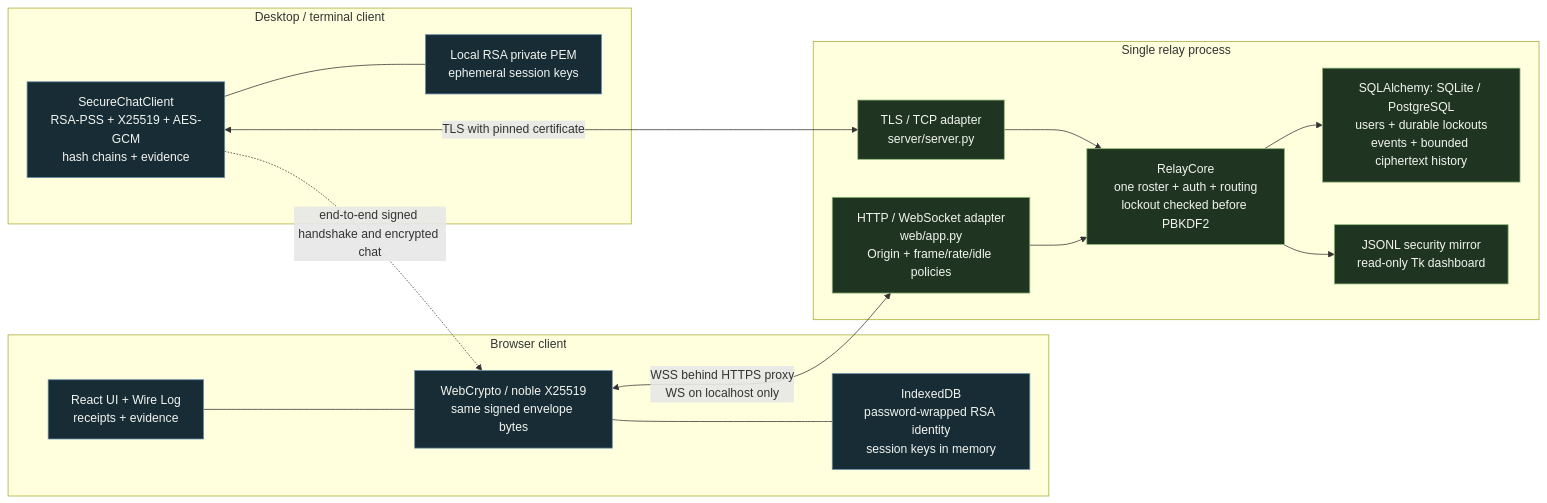
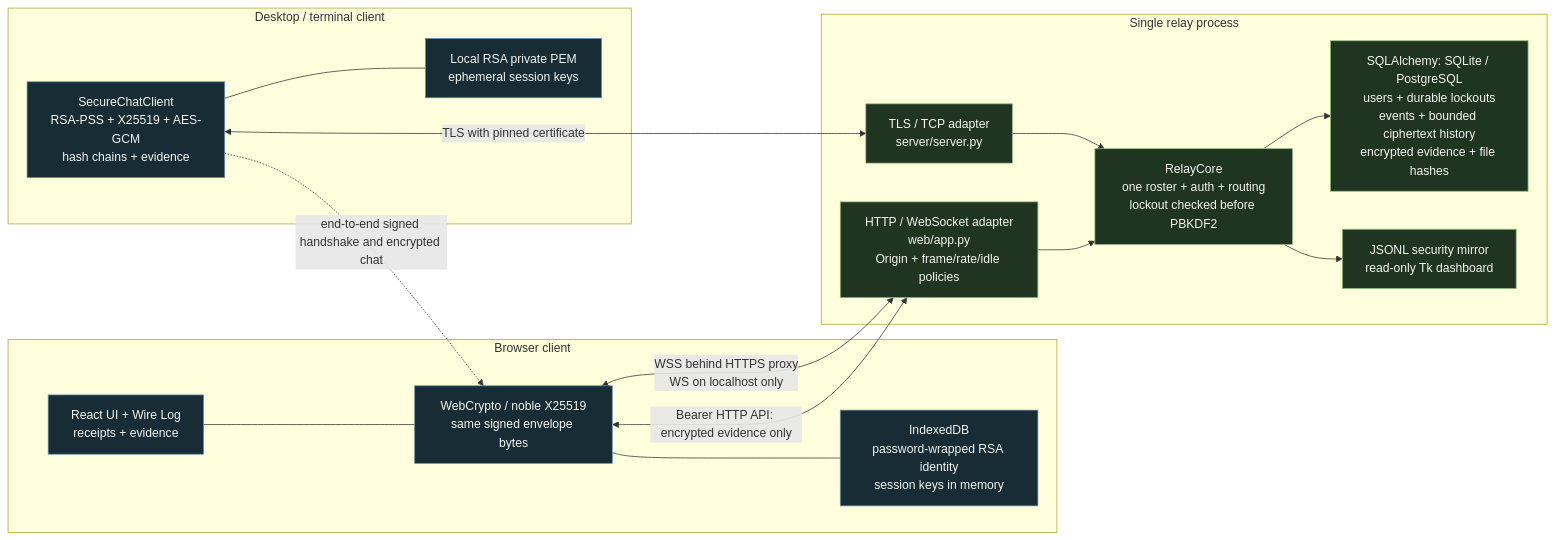
Before and after one commit to sharansp95-rgb/CNS-Project: the diagram in docs/architecture.md, drawn with Mermaid. The commit also changed other lines of this file and 5 other files, not shown here.

````diff
--- a/docs/architecture.md
+++ b/docs/architecture.md
@@ -24,33 +24,34 @@
 ```mermaid
 flowchart LR
     subgraph Desktop["Desktop / terminal client"]
         P["SecureChatClient<br/>RSA-PSS + X25519 + AES-GCM<br/>hash chains + evidence"]
         PK["Local RSA private PEM<br/>ephemeral session keys"]
         P --- PK
     end
     subgraph Browser["Browser client"]
         UI["React UI + Wire Log<br/>receipts + evidence"]
         C["WebCrypto / noble X25519<br/>same signed envelope bytes"]
         BK["IndexedDB<br/>password-wrapped RSA identity<br/>session keys in memory"]
         UI --- C
         C --- BK
     end
     subgraph Relay["Single relay process"]
         TCP["TLS / TCP adapter<br/>server/server.py"]
         WS["HTTP / WebSocket adapter<br/>web/app.py<br/>Origin + frame/rate/idle policies"]
         CORE["RelayCore<br/>one roster + auth + routing<br/>lockout checked before PBKDF2"]
-        DB["SQLAlchemy: SQLite / PostgreSQL<br/>users + durable lockouts<br/>events + bounded ciphertext history"]
+        DB["SQLAlchemy: SQLite / PostgreSQL<br/>users + durable lockouts<br/>events + bounded ciphertext history<br/>encrypted evidence + file hashes"]
         LOG["JSONL security mirror<br/>read-only Tk dashboard"]
         TCP --> CORE
         WS --> CORE
         CORE --> DB
         CORE --> LOG
     end
     P <-->|"TLS with pinned certificate"| TCP
     C <-->|"WSS behind HTTPS proxy<br/>WS on localhost only"| WS
     P -. "end-to-end signed handshake and encrypted chat" .-> C
+    C <-->|"Bearer HTTP API: encrypted evidence only"| WS
     classDef local fill:#182c35,color:#f2f5f0,stroke:#668eaa;
     classDef relay fill:#203521,color:#f2f5f0,stroke:#8fba7a;
     class P,PK,UI,C,BK local;
     class TCP,WS,CORE,DB,LOG relay;
 ```
````
